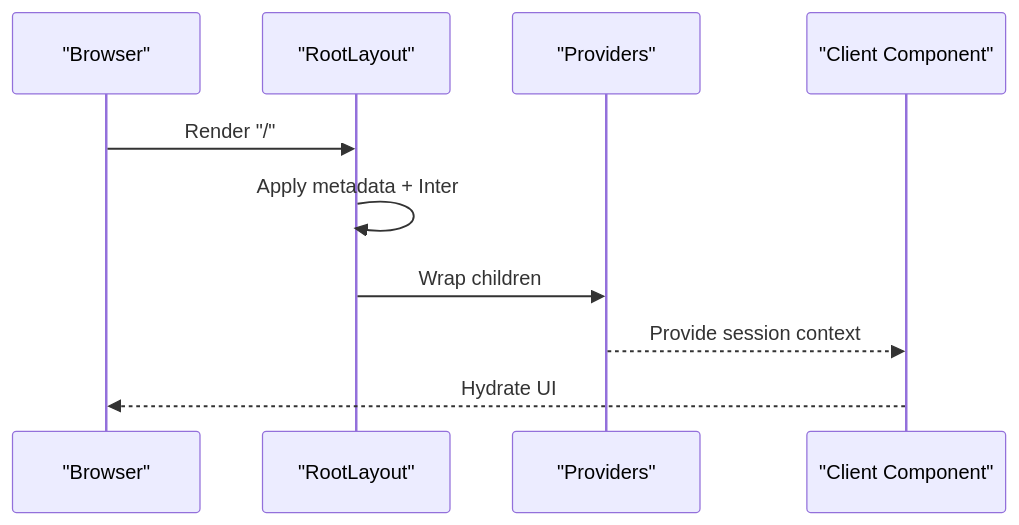
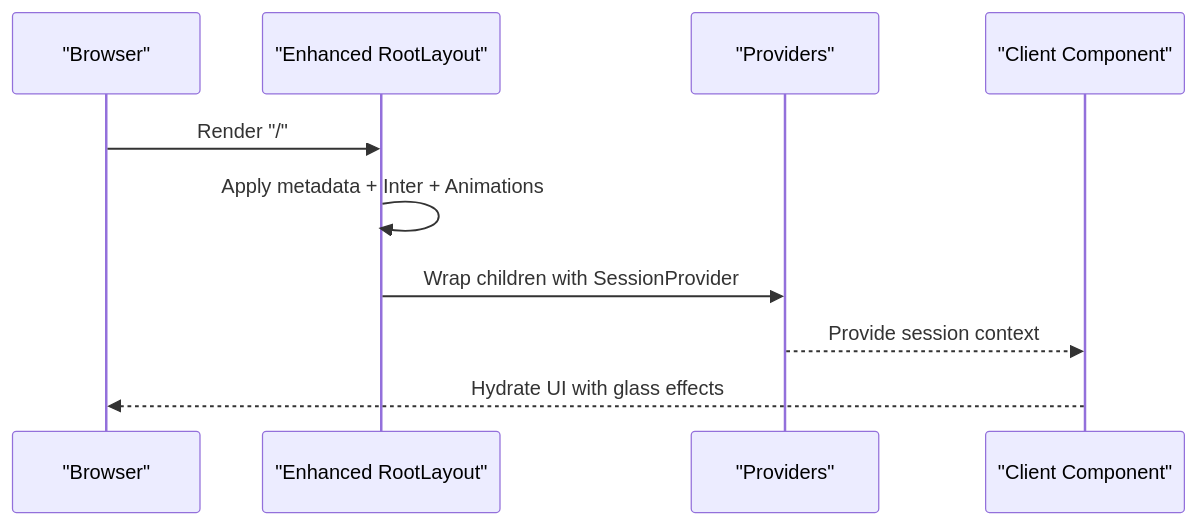
One commit to askchiwa-spec/FLOW-HQ-BOT changed the third of 14 diagrams in .qoder/repowiki/en/content/Frontend Application/Application Architecture.md. Above: the diagram before and after it, drawn with Mermaid. The commit also changed other lines of this file and 11 other files, not shown here.

````diff
--- a/.qoder/repowiki/en/content/Frontend Application/Application Architecture.md
+++ b/.qoder/repowiki/en/content/Frontend Application/Application Architecture.md
@@ -143,12 +197,12 @@
 ```mermaid
 sequenceDiagram
 participant Browser as "Browser"
-participant Root as "RootLayout"
+participant Root as "Enhanced RootLayout"
 participant Providers as "Providers"
 participant ClientComp as "Client Component"
 Browser->>Root : Render "/"
-Root->>Root : Apply metadata + Inter
-Root->>Providers : Wrap children
+Root->>Root : Apply metadata + Inter + Animations
+Root->>Providers : Wrap children with SessionProvider
 Providers-->>ClientComp : Provide session context
-ClientComp-->>Browser : Hydrate UI
+ClientComp-->>Browser : Hydrate UI with glass effects
 ```
````
